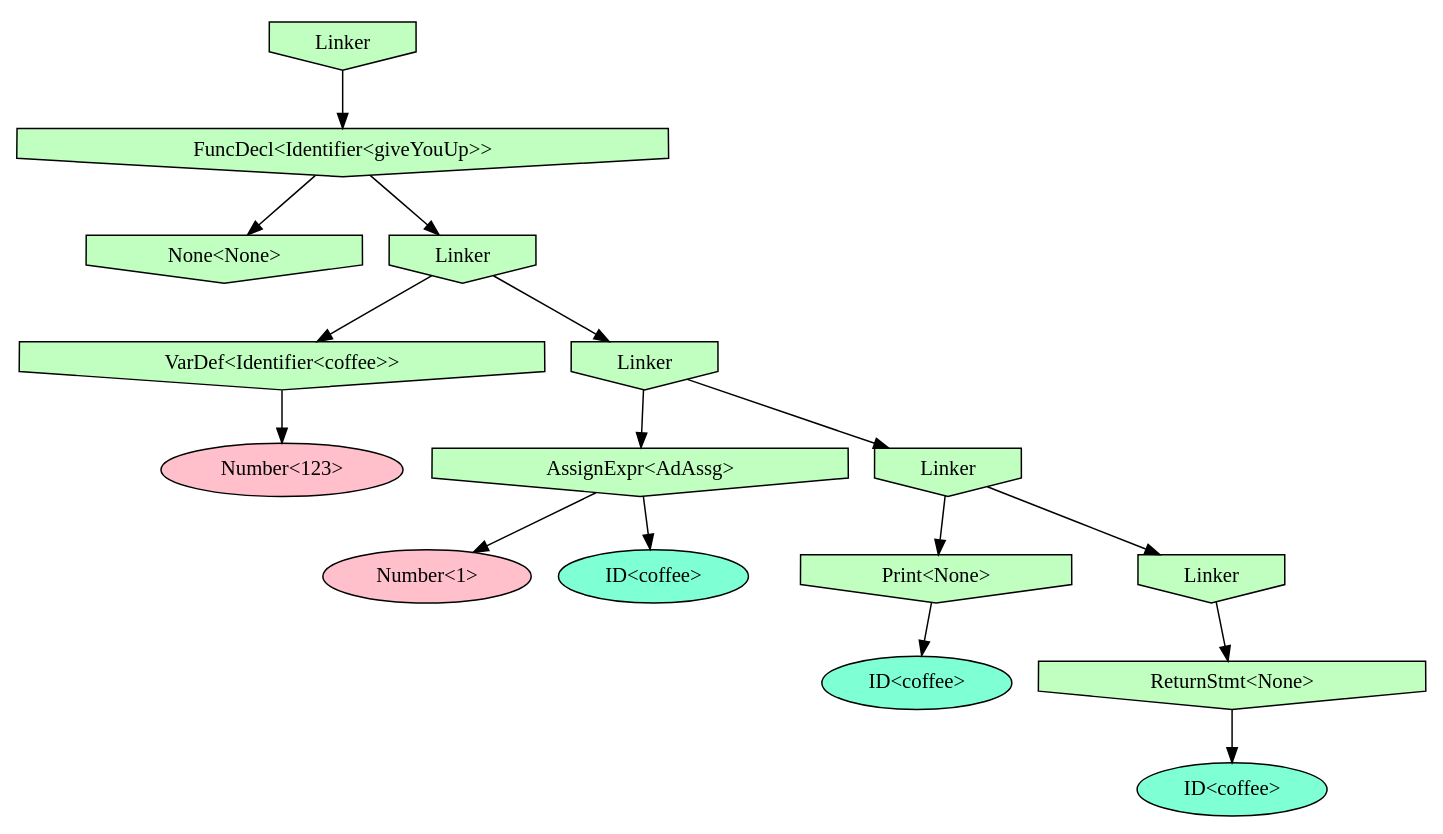
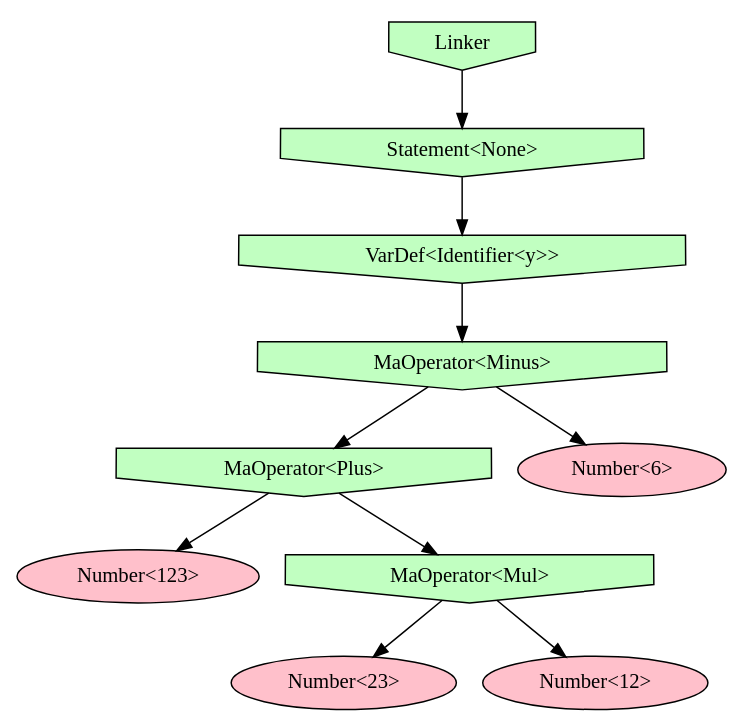
The diagram in Example/graph.gv (alexdremov/NGG), drawn with Graphviz before and after one commit. The commit also changed 11 other files, not shown here.

```diff
--- a/Example/graph.gv
+++ b/Example/graph.gv
@@ -1,33 +1,21 @@
 digraph structure {
-node0x7fc493504840[label="Linker" shape=invhouse fillcolor=darkseagreen1 style=filled]
-node0x7fc493504840->node0x7fc493504800
-node0x7fc493504800[label="FuncDecl<Identifier<giveYouUp>>" shape=invhouse fillcolor=darkseagreen1 style=filled]
-node0x7fc493504800->node0x7fc493504140
-node0x7fc493504140[label="None<None>" shape=invhouse fillcolor=darkseagreen1 style=filled]
-node0x7fc493504800->node0x7fc493504540
-node0x7fc493504540[label="Linker" shape=invhouse fillcolor=darkseagreen1 style=filled]
-node0x7fc493504540->node0x7fc4935044c0
-node0x7fc4935044c0[label="VarDef<Identifier<coffee>>" shape=invhouse fillcolor=darkseagreen1 style=filled]
-node0x7fc4935044c0->node0x7fc493504500
-node0x7fc493504500[label="Number<123>" shape=oval fillcolor=pink style=filled]
-node0x7fc493504540->node0x7fc493504640
-node0x7fc493504640[label="Linker" shape=invhouse fillcolor=darkseagreen1 style=filled]
-node0x7fc493504640->node0x7fc4935045c0
-node0x7fc4935045c0[label="AssignExpr<AdAssg>" shape=invhouse fillcolor=darkseagreen1 style=filled]
-node0x7fc4935045c0->node0x7fc493504580
-node0x7fc493504580[label="Number<1>" shape=oval fillcolor=pink style=filled]
-node0x7fc4935045c0->node0x7fc493504600
-node0x7fc493504600[label="ID<coffee>" shape=oval fillcolor=aquamarine style=filled]
-node0x7fc493504640->node0x7fc493504700
-node0x7fc493504700[label="Linker" shape=invhouse fillcolor=darkseagreen1 style=filled]
-node0x7fc493504700->node0x7fc4935046c0
-node0x7fc4935046c0[label="Print<None>" shape=invhouse fillcolor=darkseagreen1 style=filled]
-node0x7fc4935046c0->node0x7fc493504680
-node0x7fc493504680[label="ID<coffee>" shape=oval fillcolor=aquamarine style=filled]
-node0x7fc493504700->node0x7fc4935047c0
-node0x7fc4935047c0[label="Linker" shape=invhouse fillcolor=darkseagreen1 style=filled]
-node0x7fc4935047c0->node0x7fc493504780
-node0x7fc493504780[label="ReturnStmt<None>" shape=invhouse fillcolor=darkseagreen1 style=filled]
-node0x7fc493504780->node0x7fc493504740
-node0x7fc493504740[label="ID<coffee>" shape=oval fillcolor=aquamarine style=filled]
+node0x7fe425c05e00[label="Linker" shape=invhouse fillcolor=darkseagreen1 style=filled]
+node0x7fe425c05e00->node0x7fe425c05db0
+node0x7fe425c05db0[label="Statement<None>" shape=invhouse fillcolor=darkseagreen1 style=filled]
+node0x7fe425c05db0->node0x7fe425c05b30
+node0x7fe425c05b30[label="VarDef<Identifier<y>>" shape=invhouse fillcolor=darkseagreen1 style=filled]
+node0x7fe425c05b30->node0x7fe425c05d60
+node0x7fe425c05d60[label="MaOperator<Minus>" shape=invhouse fillcolor=darkseagreen1 style=filled]
+node0x7fe425c05d60->node0x7fe425c05cc0
+node0x7fe425c05cc0[label="MaOperator<Plus>" shape=invhouse fillcolor=darkseagreen1 style=filled]
+node0x7fe425c05cc0->node0x7fe425c05b80
+node0x7fe425c05b80[label="Number<123>" shape=oval fillcolor=pink style=filled]
+node0x7fe425c05cc0->node0x7fe425c05c70
+node0x7fe425c05c70[label="MaOperator<Mul>" shape=invhouse fillcolor=darkseagreen1 style=filled]
+node0x7fe425c05c70->node0x7fe425c05bd0
+node0x7fe425c05bd0[label="Number<23>" shape=oval fillcolor=pink style=filled]
+node0x7fe425c05c70->node0x7fe425c05c20
+node0x7fe425c05c20[label="Number<12>" shape=oval fillcolor=pink style=filled]
+node0x7fe425c05d60->node0x7fe425c05d10
+node0x7fe425c05d10[label="Number<6>" shape=oval fillcolor=pink style=filled]
 }
```
